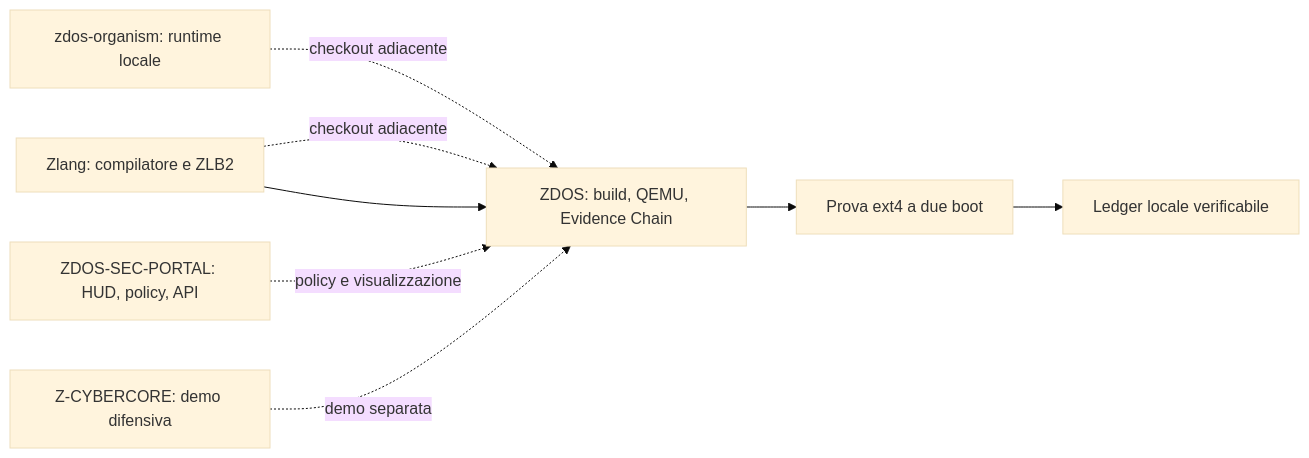
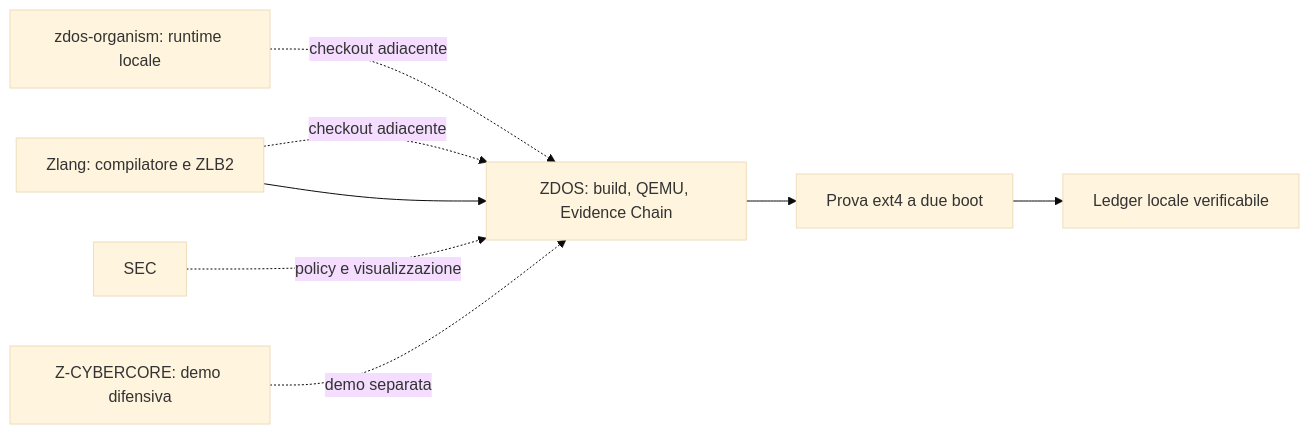
Before and after one commit to high-cde/ZDOS: the diagram in docs/MICROCOSM.md, drawn with Mermaid (base theme). The commit also changed other lines of this file and 7 other files, not shown here.

Commit message:
Remove SEC Portal references

````diff
--- a/docs/MICROCOSM.md
+++ b/docs/MICROCOSM.md
@@ -9,17 +9,16 @@
 ```mermaid
 flowchart LR
     ZD[ZDOS: build, QEMU, Evidence Chain]
     ZL[Zlang: compilatore e ZLB2]
     ORG[zdos-organism: runtime locale]
-    SEC[ZDOS-SEC-PORTAL: HUD, policy, API]
     CY[Z-CYBERCORE: demo difensiva]
     PS[Prova ext4 a due boot]
     LE[Ledger locale verificabile]
 
     ZL -. checkout adiacente .-> ZD
     ORG -. checkout adiacente .-> ZD
     SEC -. policy e visualizzazione .-> ZD
     CY -. demo separata .-> ZD
     ZD --> PS --> LE
     ZL --> ZD
 ```
````
